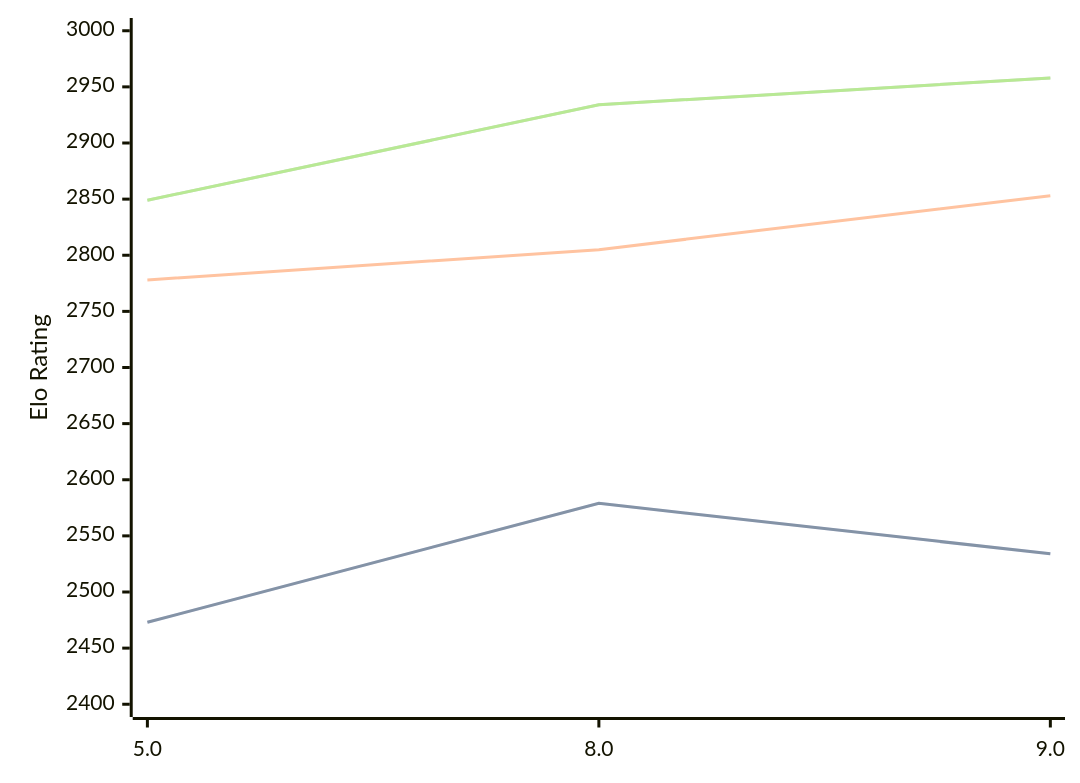
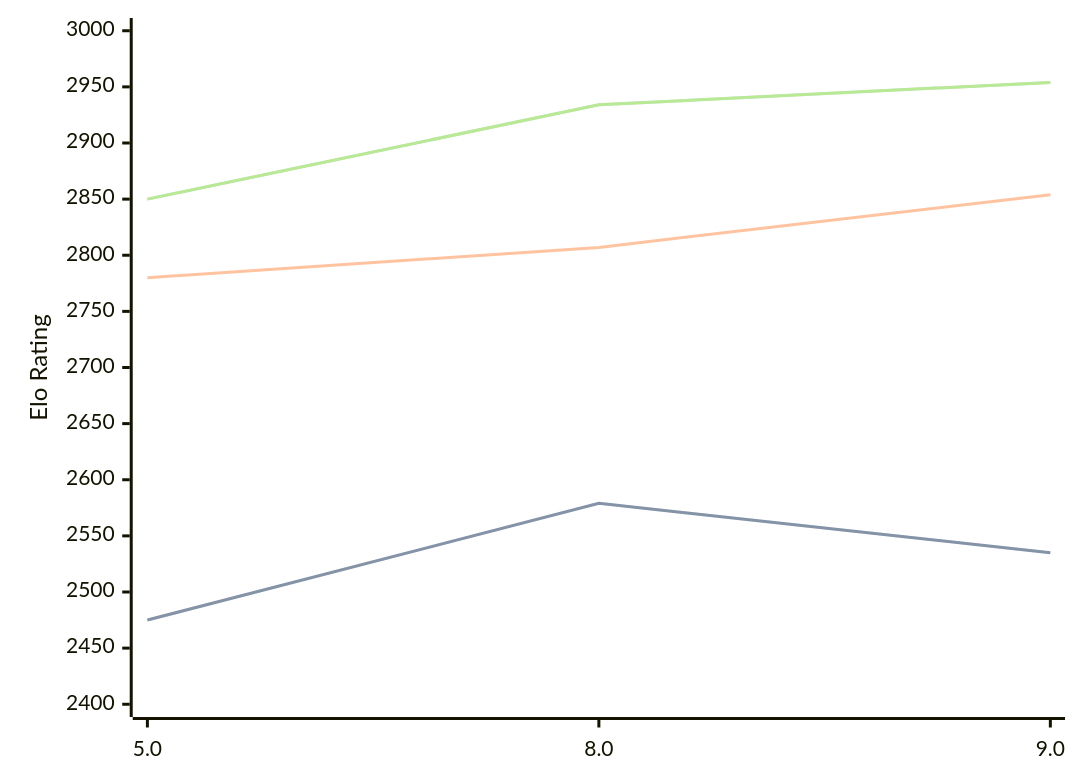
One commit to computer-chess-index/cci changed the third of 3 diagrams in engines/4kc.md. Above: the diagram before and after it, drawn with Mermaid. The commit also changed other lines of this file, not shown here.

Commit message:
Update CCI Ratings (ELO VLTC) - 2026-07-08

````diff
--- a/engines/4kc.md
+++ b/engines/4kc.md
@@ -75,11 +75,11 @@
 ```mermaid
 %%{init: {"theme":"base","themeVariables":{"seriesColors:['#a3a3a3','#222221','#faa371']}}}%%
 xychart-beta
   x-axis ["5.0", "8.0", "9.0"]
   y-axis "Elo Rating" 2400 --> 3000
-  line "STC (8.0+0.08s)" [2473, 2579, 2534]
-  line "STC (8.0+0.08s)" [2473, 2579, 2534]
-  line "LTC (60.0+0.60s)" [2778, 2805, 2853]
-  line "VLTC (2m24s+1.12s)" [2849, 2934, 2958]
-  line "VLTC (2m24s+1.12s)" [2849, 2934, 2958]
+  line "STC (8.0+0.08s)" [2475, 2579, 2535]
+  line "STC (8.0+0.08s)" [2475, 2579, 2535]
+  line "LTC (60.0+0.60s)" [2780, 2807, 2854]
+  line "VLTC (2m24s+1.12s)" [2850, 2934, 2954]
+  line "VLTC (2m24s+1.12s)" [2850, 2934, 2954]
 ```
````
